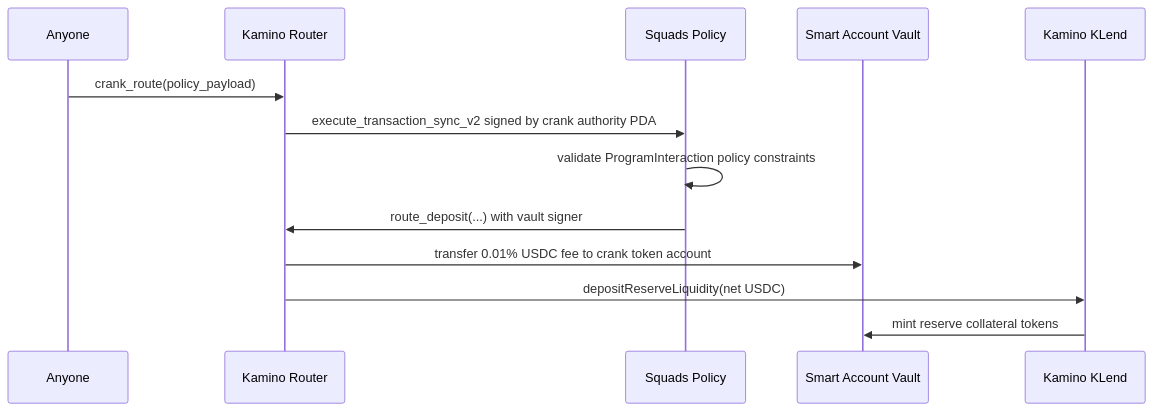
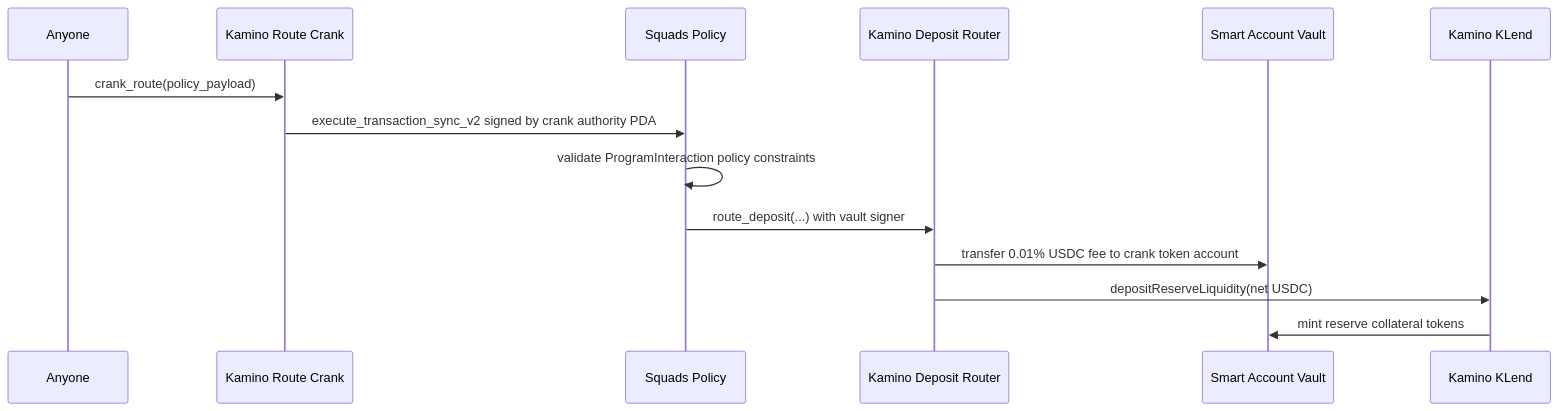
The diagram in docs/solana/smart-accounts-kamino-router-crank-flow.md (loyal-labs/loyal-app), drawn with Mermaid before and after one commit. The commit also changed other lines of this file and 24 other files, not shown here.

````diff
--- a/docs/solana/smart-accounts-kamino-router-crank-flow.md
+++ b/docs/solana/smart-accounts-kamino-router-crank-flow.md
@@ -89,16 +97,17 @@
 ```mermaid
 sequenceDiagram
   participant Caller as Anyone
-  participant Router as Kamino Router
+  participant Crank as Kamino Route Crank
   participant Squads as Squads Policy
+  participant Router as Kamino Deposit Router
   participant Vault as Smart Account Vault
   participant KLend as Kamino KLend
 
-  Caller->>Router: crank_route(policy_payload)
-  Router->>Squads: execute_transaction_sync_v2 signed by crank authority PDA
+  Caller->>Crank: crank_route(policy_payload)
+  Crank->>Squads: execute_transaction_sync_v2 signed by crank authority PDA
   Squads->>Squads: validate ProgramInteraction policy constraints
   Squads->>Router: route_deposit(...) with vault signer
   Router->>Vault: transfer 0.01% USDC fee to crank token account
   Router->>KLend: depositReserveLiquidity(net USDC)
   KLend->>Vault: mint reserve collateral tokens
 ```
````
